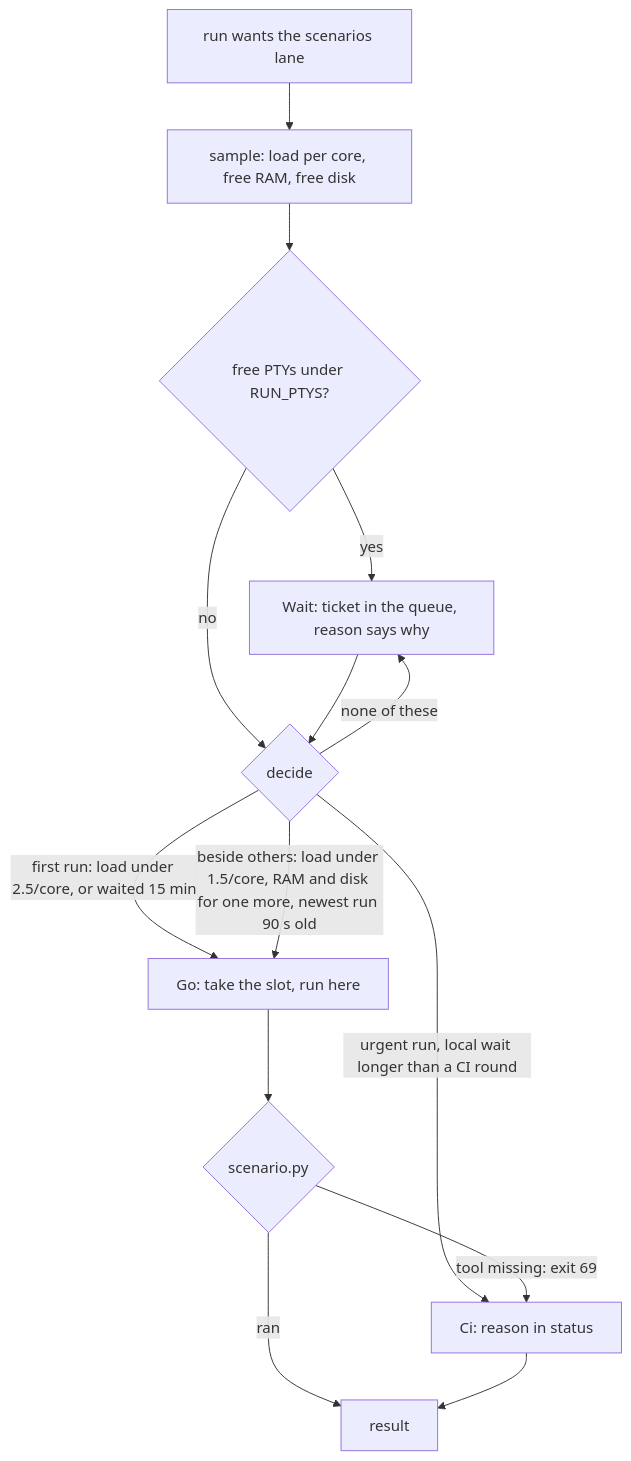
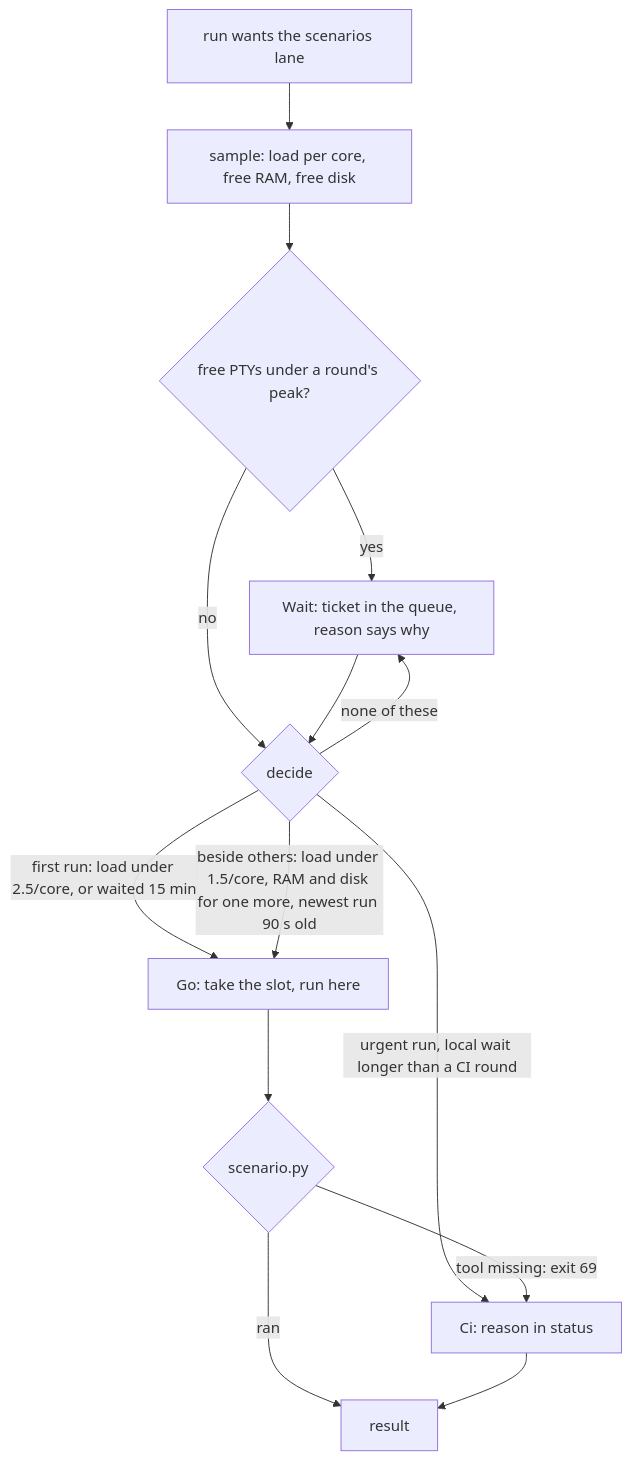
Before and after one commit to vlwkaos/wsx: the diagram in docs/design/scheduler.md, drawn with Mermaid. The commit also changed other lines of this file and 9 other files, not shown here.

````diff
--- a/docs/design/scheduler.md
+++ b/docs/design/scheduler.md
@@ -12,16 +12,16 @@
 ```mermaid
 flowchart TD
   A[run wants the scenarios lane] --> S[sample: load per core, free RAM, free disk]
-  S --> P{free PTYs under RUN_PTYS?}
+  S --> P{free PTYs under a round's peak?}
   P -->|yes| W
   P -->|no| D{decide}
   D -->|first run: load under 2.5/core, or waited 15 min| G[Go: take the slot, run here]
   D -->|beside others: load under 1.5/core, RAM and disk for one more, newest run 90 s old| G
   D -->|none of these| W[Wait: ticket in the queue, reason says why]
   W --> D
   D -->|urgent run, local wait longer than a CI round| C[Ci: reason in status]
   G --> X{scenario.py}
   X -->|tool missing: exit 69| C
   X -->|ran| R[result]
   C --> R
 ```
````
